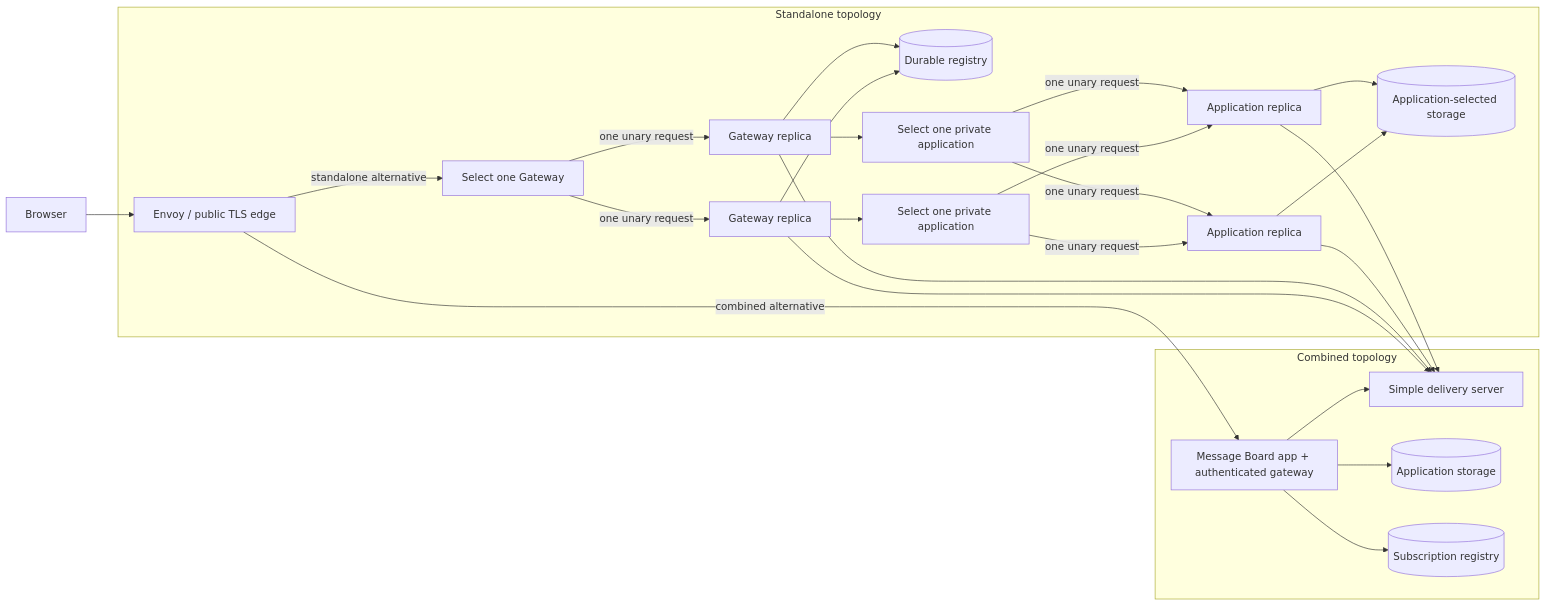
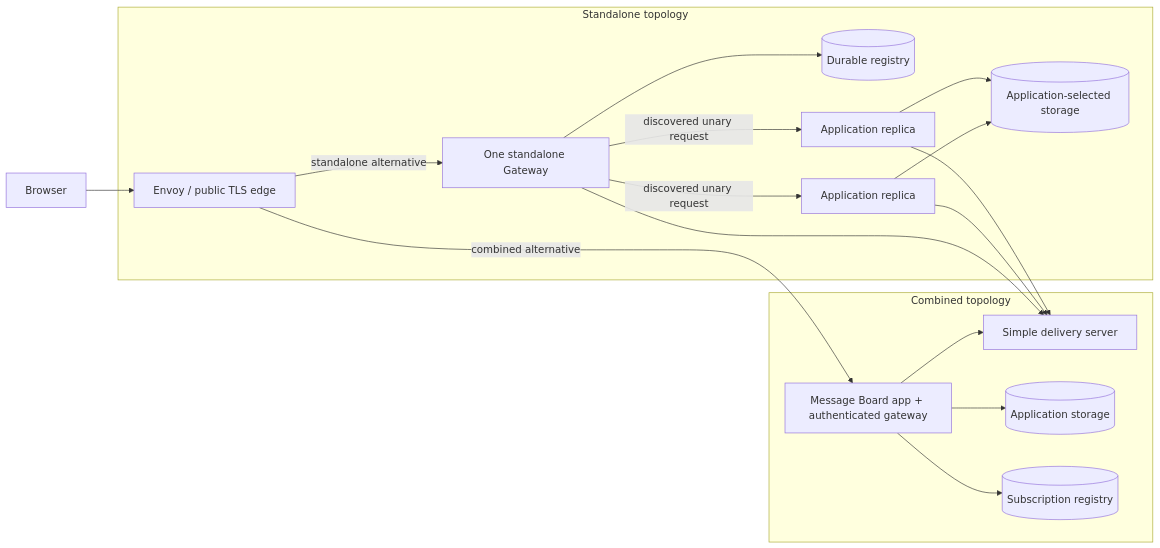
Before and after one commit to SpineEventEngine/spine-ts: the second of 2 diagrams in examples/message-board/README.md, drawn with Mermaid. The commit also changed other lines of this file and 16 other files, not shown here.

Commit message:
fix(message-board): use one Wave 7 gateway

````diff
--- a/examples/message-board/README.md
+++ b/examples/message-board/README.md
@@ -167,31 +167,23 @@
 ```mermaid
 flowchart LR
   Browser[Browser] --> Envoy[Envoy / public TLS edge]
   D[Simple delivery server]
   subgraph Combined[Combined topology]
     C[Message Board app + authenticated gateway]
     C --> CS[(Application storage)]
     C --> CR[(Subscription registry)]
     C --> D
   end
   Envoy -->|combined alternative| C
   subgraph Standalone[Standalone topology]
-    Envoy -->|standalone alternative| GatewaySelect[Select one Gateway]
-    GatewaySelect -->|one unary request| G1[Gateway replica]
-    GatewaySelect -->|one unary request| G2[Gateway replica]
-    G1 --> R[(Durable registry)]
-    G2 --> R
-    G1 --> G1Select[Select one private application]
-    G2 --> G2Select[Select one private application]
-    G1Select -->|one unary request| A1[Application replica]
-    G1Select -->|one unary request| A2[Application replica]
-    G2Select -->|one unary request| A1
-    G2Select -->|one unary request| A2
+    Envoy -->|standalone alternative| G[One standalone Gateway]
+    G --> R[(Durable registry)]
+    G -->|discovered unary request| A1[Application replica]
+    G -->|discovered unary request| A2[Application replica]
     A1 --> S[(Application-selected storage)]
     A2 --> S
     A1 --> D
     A2 --> D
-    G1 --> D
-    G2 --> D
+    G --> D
   end
 ```
````
